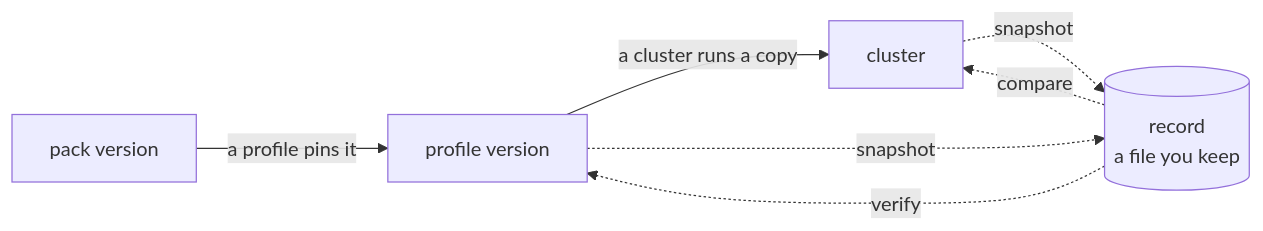
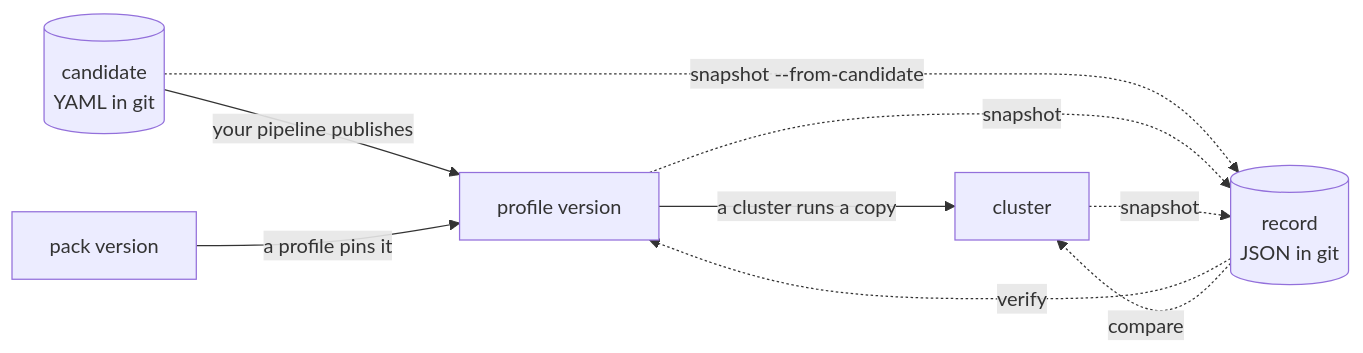
The diagram in docs/src/introduction.md (como-technologies/strata), drawn with Mermaid before and after one commit. The commit also changed other lines of this file, not shown here.

Commit message:
docs: the diagram shows the candidate in git, and where a version comes from

````diff
--- a/docs/src/introduction.md
+++ b/docs/src/introduction.md
@@ -14,9 +14,16 @@
 ```mermaid
 flowchart LR
-  pack["pack version"] -- "a profile pins it" --> version["profile version"]
-  version -- "a cluster runs a copy" --> cluster["cluster"]
-  version -. "snapshot" .-> record[("record<br/>a file you keep")]
+  candidate[("candidate<br/>YAML in git")]
+  record[("record<br/>JSON in git")]
+  pack["pack version"]
+  version["profile version"]
+  cluster["cluster"]
+  candidate -- "your pipeline publishes" --> version
+  pack -- "a profile pins it" --> version
+  version -- "a cluster runs a copy" --> cluster
+  candidate -. "snapshot --from-candidate" .-> record
+  version -. "snapshot" .-> record
   cluster -. "snapshot" .-> record
   record -. "verify" .-> version
   record -. "compare" .-> cluster
 ```
````
